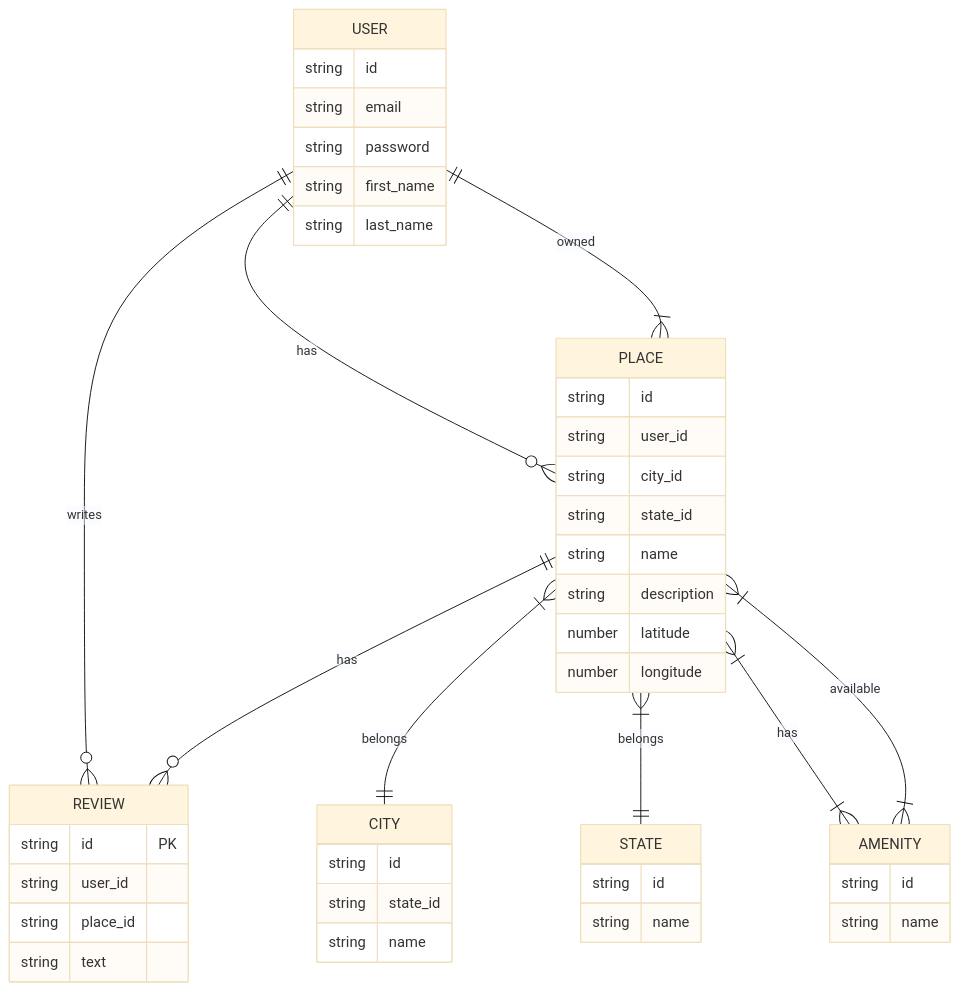
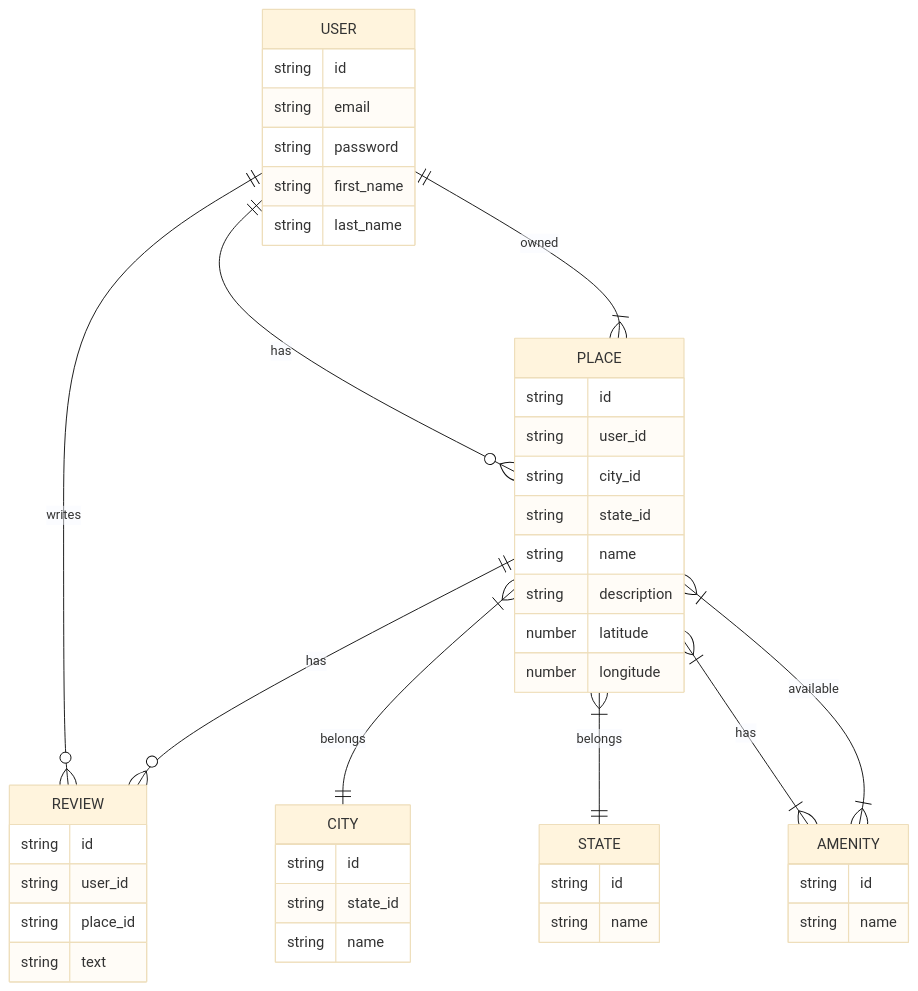
The diagram in part3/README.md (smessaoui31/holbertonschool-hbnb), drawn with Mermaid (base theme) before and after one commit.

````diff
--- a/part3/README.md
+++ b/part3/README.md
@@ -52,54 +52,54 @@
 ```mermaid
 erDiagram
     USER ||--o{ PLACE : "has"
     USER ||--o{ REVIEW : "writes"
     PLACE ||--o{ REVIEW : "has"
     PLACE }|--|| CITY : "belongs"
     PLACE }|--|| STATE : "belongs"
     PLACE }|--|| USER : "owned"
     PLACE }|--|{ AMENITY : "has"
     AMENITY }|--|{ PLACE : "available"
 
     USER {
         string id
         string email
         string password
         string first_name
         string last_name
     }
 
     PLACE {
         string id
         string user_id
         string city_id
         string state_id
         string name
         string description
         number latitude
         number longitude
     }
 
     REVIEW {
-        string id PK
+        string id
         string user_id
         string place_id
         string text
     }
 
     CITY {
         string id
         string state_id
         string name
     }
 
     STATE {
         string id
         string name
     }
 
     AMENITY {
         string id
         string name
     }
     
 ```
````
